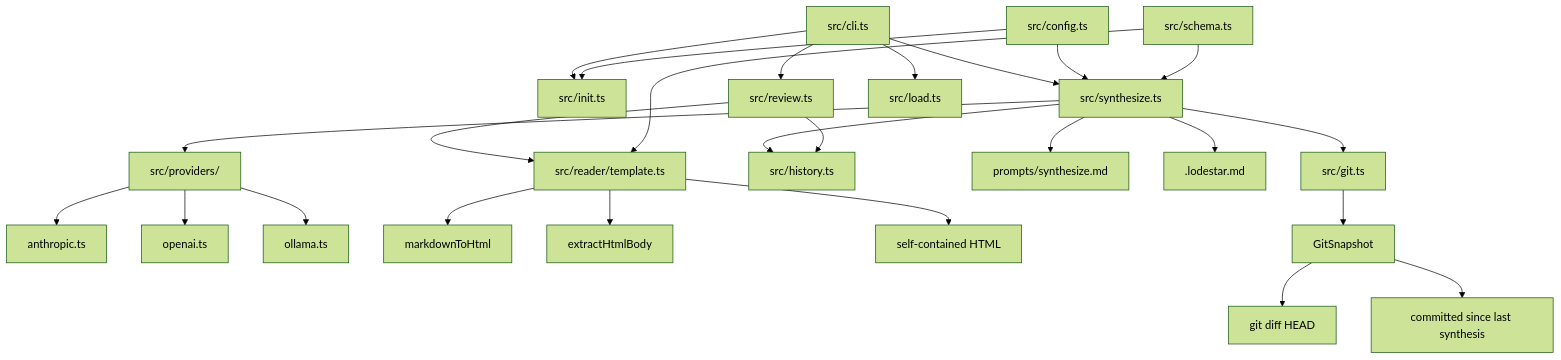
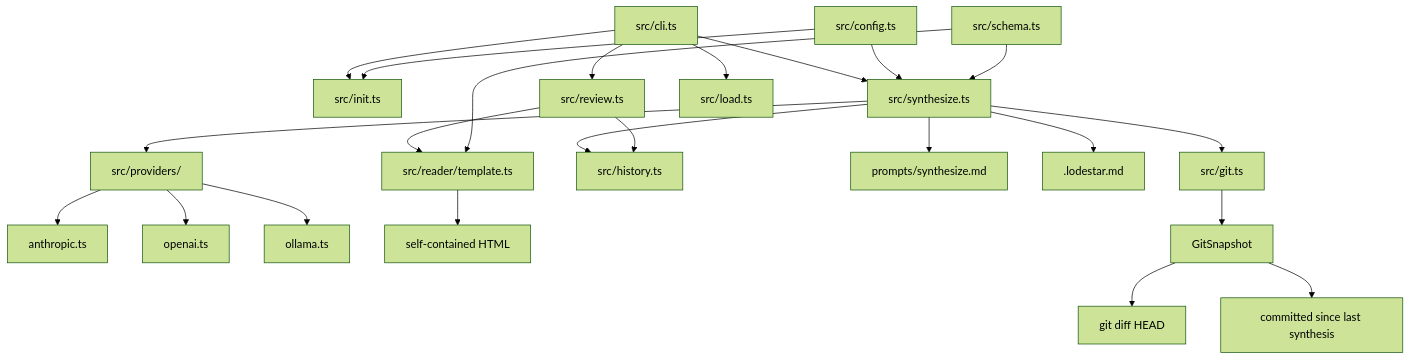
The first of 2 diagrams in .lodestar.md (Kgard/LodeStar), drawn with Mermaid (forest theme) before and after one commit. The commit also changed other lines of this file and 5 other files, not shown here.

````diff
--- a/.lodestar.md
+++ b/.lodestar.md
@@ -40,27 +40,25 @@
 ```mermaid
 graph TD
     CLI[src/cli.ts] --> INIT[src/init.ts]
     CLI --> SYNTH[src/synthesize.ts]
     CLI --> REVIEW[src/review.ts]
     CLI --> LOAD[src/load.ts]
     SYNTH --> GIT[src/git.ts]
     SYNTH --> PROVIDERS[src/providers/]
     SYNTH --> HISTORY[src/history.ts]
     PROVIDERS --> ANTHROPIC[anthropic.ts]
     PROVIDERS --> OPENAI[openai.ts]
     PROVIDERS --> OLLAMA[ollama.ts]
     SYNTH --> PROMPT[prompts/synthesize.md]
     SYNTH --> LODESTAR[.lodestar.md]
     REVIEW --> TEMPLATE[src/reader/template.ts]
     REVIEW --> HISTORY
-    TEMPLATE --> MARKDOWN[markdownToHtml]
-    TEMPLATE --> EXTRACT[extractHtmlBody]
     TEMPLATE --> HTML[self-contained HTML]
     GIT --> SNAPSHOT[GitSnapshot]
     SNAPSHOT --> UNCOMMITTED[git diff HEAD]
     SNAPSHOT --> COMMITTED[committed since last synthesis]
     CONFIG[src/config.ts] --> INIT
     CONFIG --> SYNTH
     SCHEMA[src/schema.ts] --> SYNTH
     SCHEMA --> TEMPLATE
 ```
````
